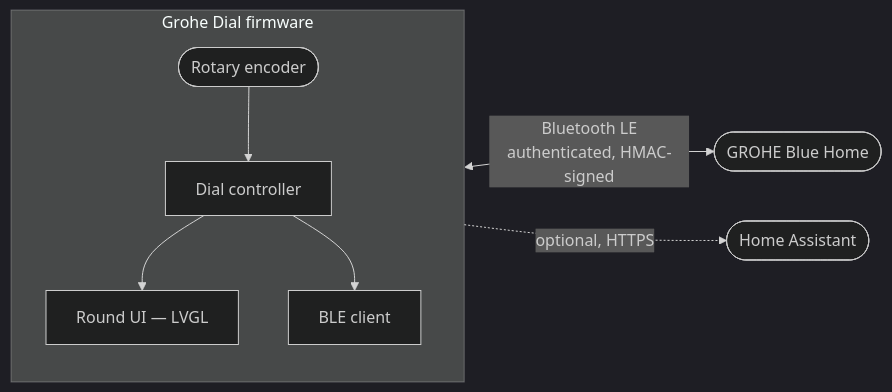
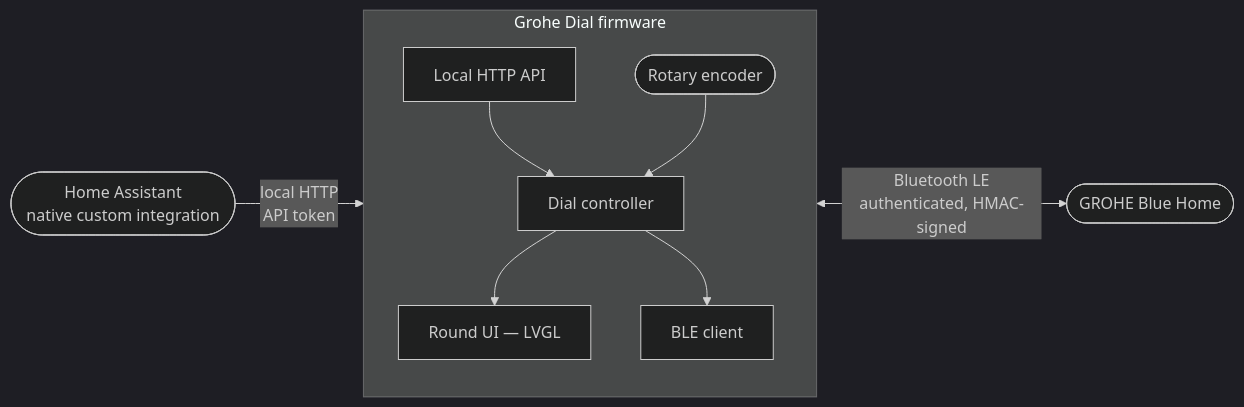
One commit to JonSche/grohe_blue_dial changed the diagram in README.md. Above: the diagram before and after it, drawn with Mermaid (dark theme). The commit also changed other lines of this file and 2 other files, not shown here.

First line of the commit message:
docs(m15): finalize hardware and Home Assistant acceptance

````diff
--- a/README.md
+++ b/README.md
@@ -150,11 +150,12 @@
 ```mermaid
 flowchart LR
+    HA(["Home Assistant<br/>native custom integration"]) -->|"local HTTP<br/>API token"| API["Local HTTP API"]
     subgraph Dial["Grohe Dial firmware"]
         direction TB
-        Enc(["Rotary encoder"]) --> Ctrl["Dial controller"]
+        API --> Ctrl["Dial controller"]
+        Enc(["Rotary encoder"]) --> Ctrl
         Ctrl --> UI["Round UI — LVGL"]
         Ctrl --> BLE["BLE client"]
     end
     BLE <-->|"Bluetooth LE<br/>authenticated, HMAC-signed"| Appliance(["GROHE Blue Home"])
-    Dial -.->|"optional, HTTPS"| HA(["Home Assistant"])
 ```
````
